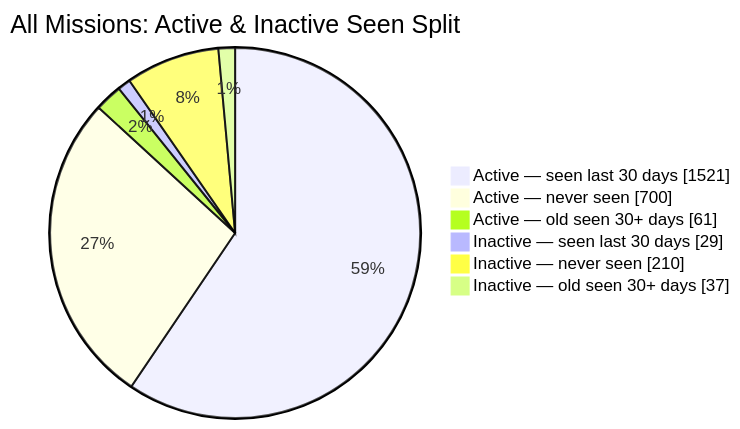
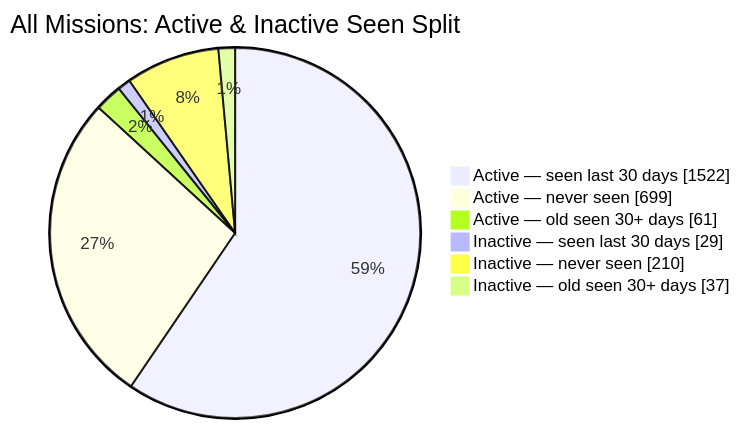
Before and after one commit to MeldkamerspelGameTeam/active-missions: the second of 2 diagrams in README.md, drawn with Mermaid. The commit also changed other lines of this file and 2 other files, not shown here.

````diff
--- a/README.md
+++ b/README.md
@@ -44,10 +44,10 @@
 ```mermaid
 pie showData
     title All Missions: Active & Inactive Seen Split
-    "Active — seen last 30 days" : 1521
-    "Active — never seen" : 700
+    "Active — seen last 30 days" : 1522
+    "Active — never seen" : 699
     "Active — old seen 30+ days" : 61
     "Inactive — seen last 30 days" : 29
     "Inactive — never seen" : 210
     "Inactive — old seen 30+ days" : 37
 ```
````
